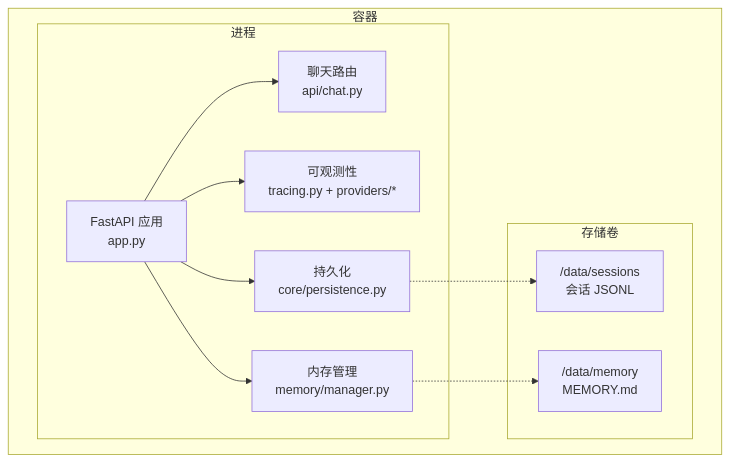
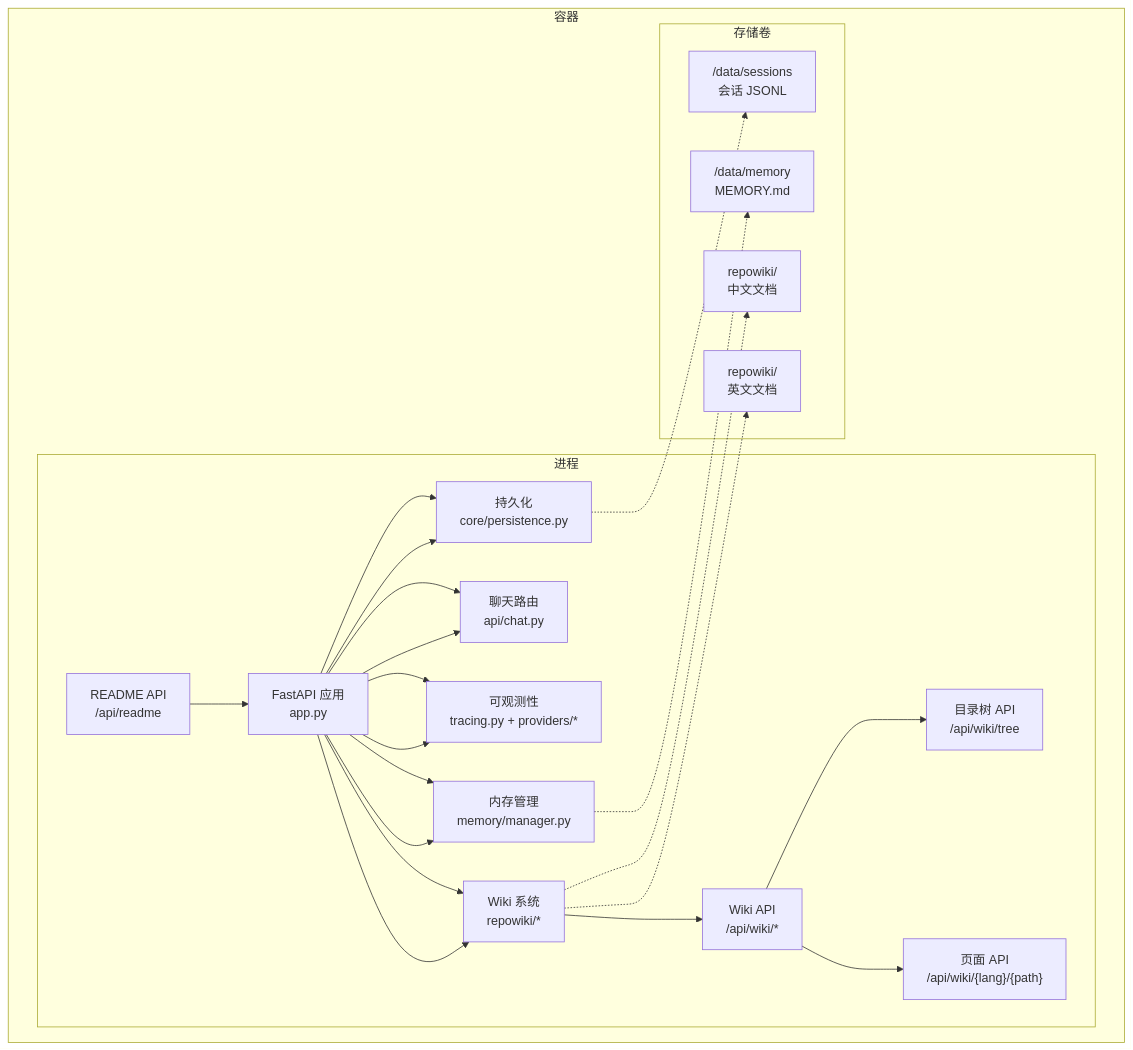
Before and after one commit to YU-JI-KUI/ark-agentic: the second of 10 diagrams in repowiki/zh/content/部署与运维/部署与运维.md, drawn with Mermaid. The commit also changed other lines of this file and 10 other files, not shown here.

````diff
--- a/repowiki/zh/content/部署与运维/部署与运维.md
+++ b/repowiki/zh/content/部署与运维/部署与运维.md
@@ -101,22 +115,41 @@
 ```mermaid
 graph TB
 subgraph "容器"
 subgraph "进程"
 APP["FastAPI 应用<br/>app.py"]
 ROUTER["聊天路由<br/>api/chat.py"]
+WIKI["Wiki 系统<br/>repowiki/*"]
 OBS["可观测性<br/>tracing.py + providers/*"]
 MEM["内存管理<br/>memory/manager.py"]
 PERSIST["持久化<br/>core/persistence.py"]
+ENDPOINT["Wiki API<br/>/api/wiki/*"]
+README["README API<br/>/api/readme"]
+TREE["目录树 API<br/>/api/wiki/tree"]
+PAGE["页面 API<br/>/api/wiki/{lang}/{path}"]
+ENDPOINT --> TREE
+ENDPOINT --> PAGE
+README --> APP
+WIKI --> ENDPOINT
+APP --> ROUTER
+APP --> WIKI
+APP --> OBS
+APP --> MEM
+APP --> PERSIST
 end
 subgraph "存储卷"
 VOL1["/data/sessions<br/>会话 JSONL"]
 VOL2["/data/memory<br/>MEMORY.md"]
+VOL3["repowiki/<br/>中文文档"]
+VOL4["repowiki/<br/>英文文档"]
 end
 end
 APP --> ROUTER
+APP --> WIKI
 APP --> OBS
 APP --> MEM
 APP --> PERSIST
 PERSIST -.-> VOL1
 MEM -.-> VOL2
+WIKI -.-> VOL3
+WIKI -.-> VOL4
 ```
````
